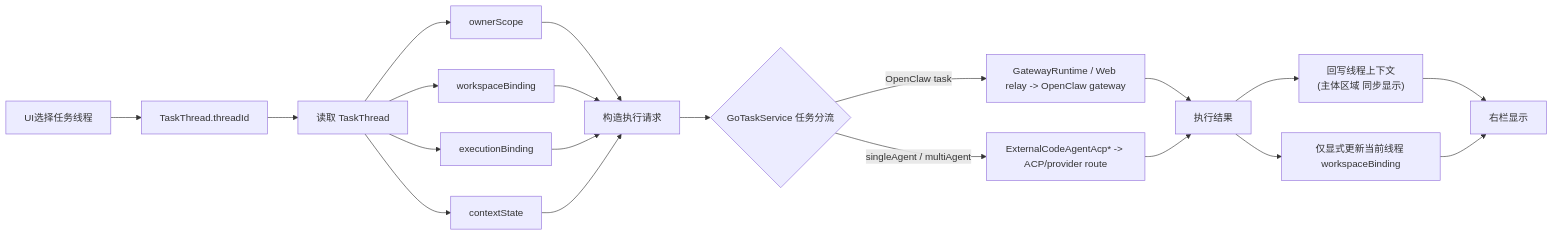
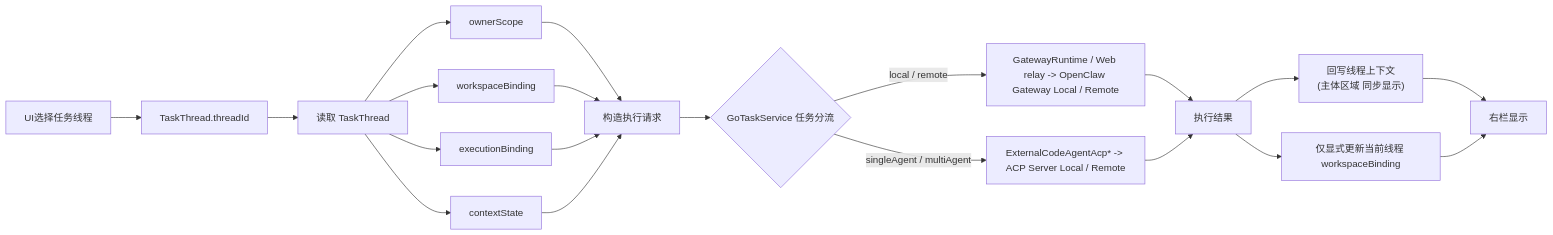
The diagram in docs/architecture/assistant-thread-target-model-20260328.md (ai-workspace-lab/xworkmate-app), drawn with Mermaid before and after one commit. The commit also changed other lines of this file and 47 other files, not shown here.

````diff
--- a/docs/architecture/assistant-thread-target-model-20260328.md
+++ b/docs/architecture/assistant-thread-target-model-20260328.md
@@ -121,28 +125,28 @@
 ```mermaid
 flowchart LR
   A["UI选择任务线程"] --> B["TaskThread.threadId"]
   B --> C["读取 TaskThread"]
 
   C --> D1["ownerScope"]
   C --> D2["workspaceBinding"]
   C --> D3["executionBinding"]
   C --> D4["contextState"]
 
   D1 --> E["构造执行请求"]
   D2 --> E
   D3 --> E
   D4 --> E
 
   E --> F{"GoTaskService 任务分流"}
-  F -->|OpenClaw task| G["GatewayRuntime / Web relay -> OpenClaw gateway"]
-  F -->|singleAgent / multiAgent| H["ExternalCodeAgentAcp* -> ACP/provider route"]
+  F -->|local / remote| G["GatewayRuntime / Web relay -> OpenClaw Gateway Local / Remote"]
+  F -->|singleAgent / multiAgent| H["ExternalCodeAgentAcp* -> ACP Server Local / Remote"]
 
   G --> I["执行结果"]
   H --> I
 
   I --> J["回写线程上下文\n(主体区域 同步显示)"]
   I --> K["仅显式更新当前线程 workspaceBinding"]
 
   J --> L["右栏显示"]
   K --> L
 ```
````
